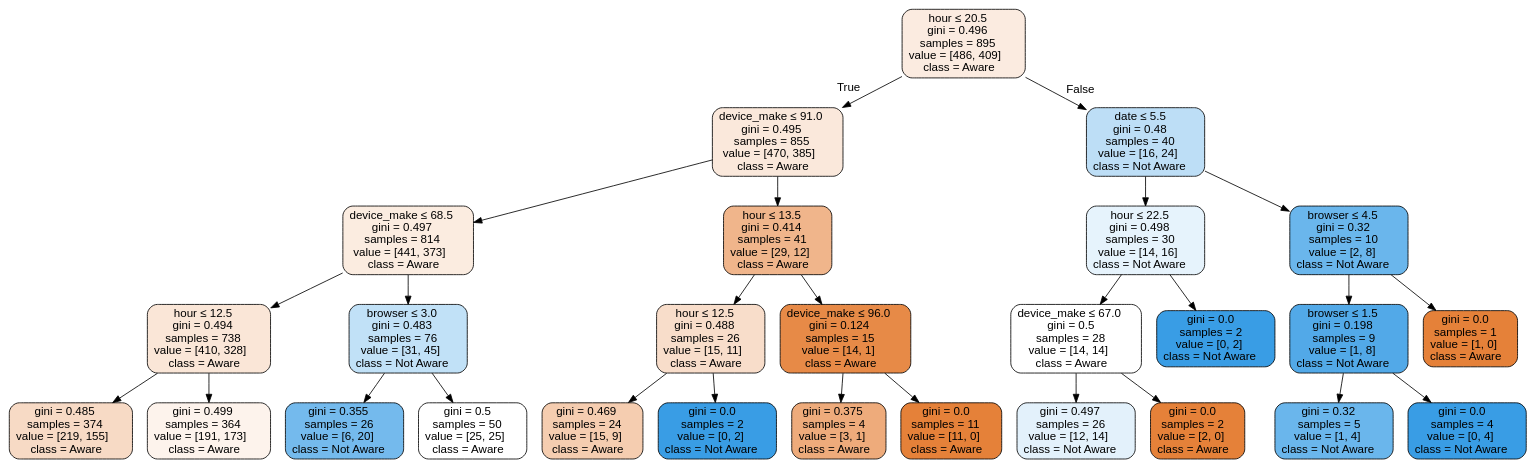
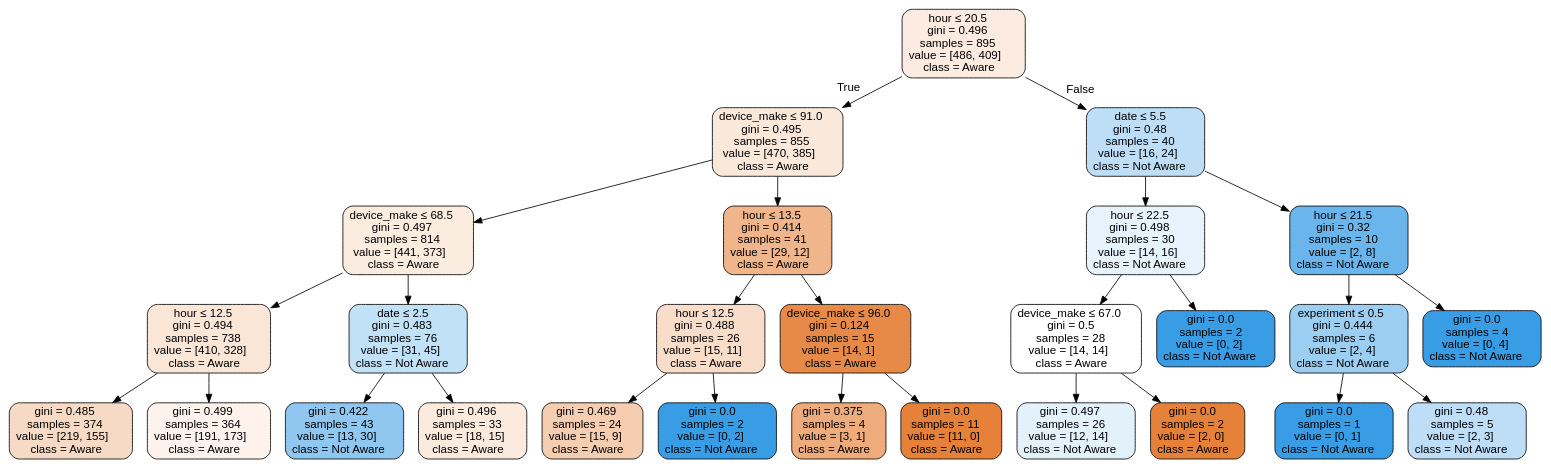
The diagram in notebooks/AbTestDecisionTree.dot (10Academy-B6-W2/Smart-Ads-campaign-performance-analysis), drawn with Graphviz before and after one commit. The commit also changed 3 other files, not shown here.

```diff
--- a/notebooks/AbTestDecisionTree.dot
+++ b/notebooks/AbTestDecisionTree.dot
@@ -1,57 +1,57 @@
 digraph Tree {
 node [shape=box, style="filled, rounded", color="black", fontname="helvetica"] ;
 edge [fontname="helvetica"] ;
 0 [label=<hour &le; 20.5<br/>gini = 0.496<br/>samples = 895<br/>value = [486, 409]<br/>class = Aware>, fillcolor="#fbebe0"] ;
 1 [label=<device_make &le; 91.0<br/>gini = 0.495<br/>samples = 855<br/>value = [470, 385]<br/>class = Aware>, fillcolor="#fae8db"] ;
 0 -> 1 [labeldistance=2.5, labelangle=45, headlabel="True"] ;
 2 [label=<device_make &le; 68.5<br/>gini = 0.497<br/>samples = 814<br/>value = [441, 373]<br/>class = Aware>, fillcolor="#fbece0"] ;
 1 -> 2 ;
 3 [label=<hour &le; 12.5<br/>gini = 0.494<br/>samples = 738<br/>value = [410, 328]<br/>class = Aware>, fillcolor="#fae6d7"] ;
 2 -> 3 ;
 4 [label=<gini = 0.485<br/>samples = 374<br/>value = [219, 155]<br/>class = Aware>, fillcolor="#f7dac5"] ;
 3 -> 4 ;
 5 [label=<gini = 0.499<br/>samples = 364<br/>value = [191, 173]<br/>class = Aware>, fillcolor="#fdf3ec"] ;
 3 -> 5 ;
-6 [label=<browser &le; 3.0<br/>gini = 0.483<br/>samples = 76<br/>value = [31, 45]<br/>class = Not Aware>, fillcolor="#c1e1f7"] ;
+6 [label=<date &le; 2.5<br/>gini = 0.483<br/>samples = 76<br/>value = [31, 45]<br/>class = Not Aware>, fillcolor="#c1e1f7"] ;
 2 -> 6 ;
-7 [label=<gini = 0.355<br/>samples = 26<br/>value = [6, 20]<br/>class = Not Aware>, fillcolor="#74baed"] ;
+7 [label=<gini = 0.422<br/>samples = 43<br/>value = [13, 30]<br/>class = Not Aware>, fillcolor="#8fc7f0"] ;
 6 -> 7 ;
-8 [label=<gini = 0.5<br/>samples = 50<br/>value = [25, 25]<br/>class = Aware>, fillcolor="#ffffff"] ;
+8 [label=<gini = 0.496<br/>samples = 33<br/>value = [18, 15]<br/>class = Aware>, fillcolor="#fbeade"] ;
 6 -> 8 ;
 9 [label=<hour &le; 13.5<br/>gini = 0.414<br/>samples = 41<br/>value = [29, 12]<br/>class = Aware>, fillcolor="#f0b58b"] ;
 1 -> 9 ;
 10 [label=<hour &le; 12.5<br/>gini = 0.488<br/>samples = 26<br/>value = [15, 11]<br/>class = Aware>, fillcolor="#f8ddca"] ;
 9 -> 10 ;
 11 [label=<gini = 0.469<br/>samples = 24<br/>value = [15, 9]<br/>class = Aware>, fillcolor="#f5cdb0"] ;
 10 -> 11 ;
 12 [label=<gini = 0.0<br/>samples = 2<br/>value = [0, 2]<br/>class = Not Aware>, fillcolor="#399de5"] ;
 10 -> 12 ;
 13 [label=<device_make &le; 96.0<br/>gini = 0.124<br/>samples = 15<br/>value = [14, 1]<br/>class = Aware>, fillcolor="#e78a47"] ;
 9 -> 13 ;
 14 [label=<gini = 0.375<br/>samples = 4<br/>value = [3, 1]<br/>class = Aware>, fillcolor="#eeab7b"] ;
 13 -> 14 ;
 15 [label=<gini = 0.0<br/>samples = 11<br/>value = [11, 0]<br/>class = Aware>, fillcolor="#e58139"] ;
 13 -> 15 ;
 16 [label=<date &le; 5.5<br/>gini = 0.48<br/>samples = 40<br/>value = [16, 24]<br/>class = Not Aware>, fillcolor="#bddef6"] ;
 0 -> 16 [labeldistance=2.5, labelangle=-45, headlabel="False"] ;
 17 [label=<hour &le; 22.5<br/>gini = 0.498<br/>samples = 30<br/>value = [14, 16]<br/>class = Not Aware>, fillcolor="#e6f3fc"] ;
 16 -> 17 ;
 18 [label=<device_make &le; 67.0<br/>gini = 0.5<br/>samples = 28<br/>value = [14, 14]<br/>class = Aware>, fillcolor="#ffffff"] ;
 17 -> 18 ;
 19 [label=<gini = 0.497<br/>samples = 26<br/>value = [12, 14]<br/>class = Not Aware>, fillcolor="#e3f1fb"] ;
 18 -> 19 ;
 20 [label=<gini = 0.0<br/>samples = 2<br/>value = [2, 0]<br/>class = Aware>, fillcolor="#e58139"] ;
 18 -> 20 ;
 21 [label=<gini = 0.0<br/>samples = 2<br/>value = [0, 2]<br/>class = Not Aware>, fillcolor="#399de5"] ;
 17 -> 21 ;
-22 [label=<browser &le; 4.5<br/>gini = 0.32<br/>samples = 10<br/>value = [2, 8]<br/>class = Not Aware>, fillcolor="#6ab6ec"] ;
+22 [label=<hour &le; 21.5<br/>gini = 0.32<br/>samples = 10<br/>value = [2, 8]<br/>class = Not Aware>, fillcolor="#6ab6ec"] ;
 16 -> 22 ;
-23 [label=<browser &le; 1.5<br/>gini = 0.198<br/>samples = 9<br/>value = [1, 8]<br/>class = Not Aware>, fillcolor="#52a9e8"] ;
+23 [label=<experiment &le; 0.5<br/>gini = 0.444<br/>samples = 6<br/>value = [2, 4]<br/>class = Not Aware>, fillcolor="#9ccef2"] ;
 22 -> 23 ;
-24 [label=<gini = 0.32<br/>samples = 5<br/>value = [1, 4]<br/>class = Not Aware>, fillcolor="#6ab6ec"] ;
+24 [label=<gini = 0.0<br/>samples = 1<br/>value = [0, 1]<br/>class = Not Aware>, fillcolor="#399de5"] ;
 23 -> 24 ;
-25 [label=<gini = 0.0<br/>samples = 4<br/>value = [0, 4]<br/>class = Not Aware>, fillcolor="#399de5"] ;
+25 [label=<gini = 0.48<br/>samples = 5<br/>value = [2, 3]<br/>class = Not Aware>, fillcolor="#bddef6"] ;
 23 -> 25 ;
-26 [label=<gini = 0.0<br/>samples = 1<br/>value = [1, 0]<br/>class = Aware>, fillcolor="#e58139"] ;
+26 [label=<gini = 0.0<br/>samples = 4<br/>value = [0, 4]<br/>class = Not Aware>, fillcolor="#399de5"] ;
 22 -> 26 ;
 }
```
